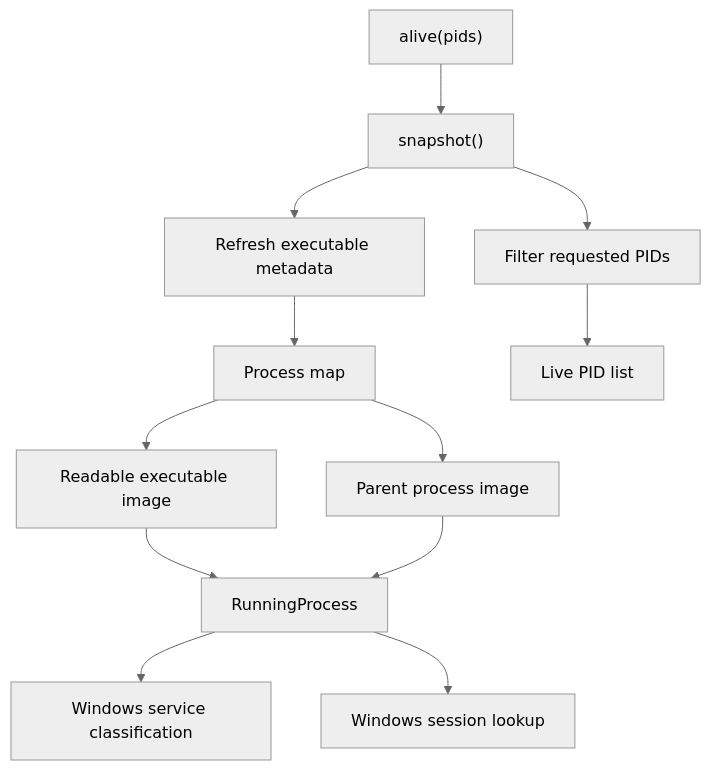
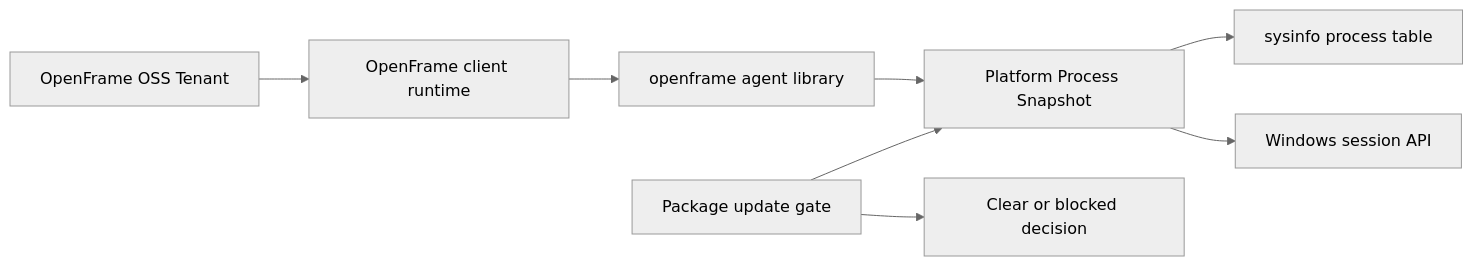
The first of 4 diagrams in docs/reference/architecture/openframe-client-core/platform-process-snapshot/platform-process-snapshot.md (flamingo-stack/openframe-oss-tenant), drawn with Mermaid (neutral theme) before and after one commit. The commit also changed other lines of this file and 2377 other files, not shown here.

````diff
--- a/docs/reference/architecture/openframe-client-core/platform-process-snapshot/platform-process-snapshot.md
+++ b/docs/reference/architecture/openframe-client-core/platform-process-snapshot/platform-process-snapshot.md
@@ -38,14 +20,10 @@
 ```mermaid
-flowchart TD
-    Snapshot["snapshot()"] --> Refresh["Refresh executable metadata"]
-    Refresh --> ProcessMap["Process map"]
-    ProcessMap --> Image["Readable executable image"]
-    ProcessMap --> Parent["Parent process image"]
-    Image --> Record["RunningProcess"]
-    Parent --> Record
-    Record --> Service["Windows service classification"]
-    Record --> Session["Windows session lookup"]
-    Alive["alive(pids)"] --> Snapshot
-    Snapshot --> Filter["Filter requested PIDs"]
-    Filter --> LivePids["Live PID list"]
+flowchart LR
+    TenantRepo["OpenFrame OSS Tenant"] --> ClientRuntime["OpenFrame client runtime"]
+    ClientRuntime --> AgentLibrary["openframe agent library"]
+    AgentLibrary --> ProcessSnapshot["Platform Process Snapshot"]
+    ProcessSnapshot --> Sysinfo["sysinfo process table"]
+    ProcessSnapshot --> WindowsApi["Windows session API"]
+    UpdateGate["Package update gate"] --> ProcessSnapshot
+    UpdateGate --> Decision["Clear or blocked decision"]
 ```
````
